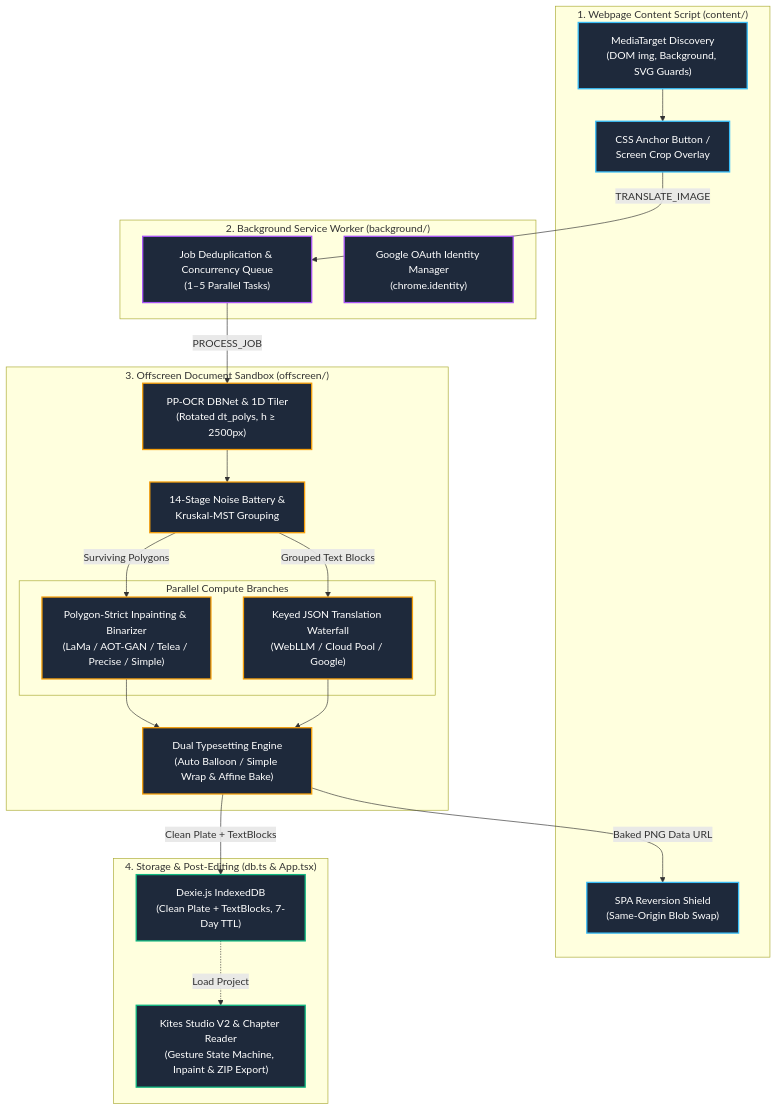
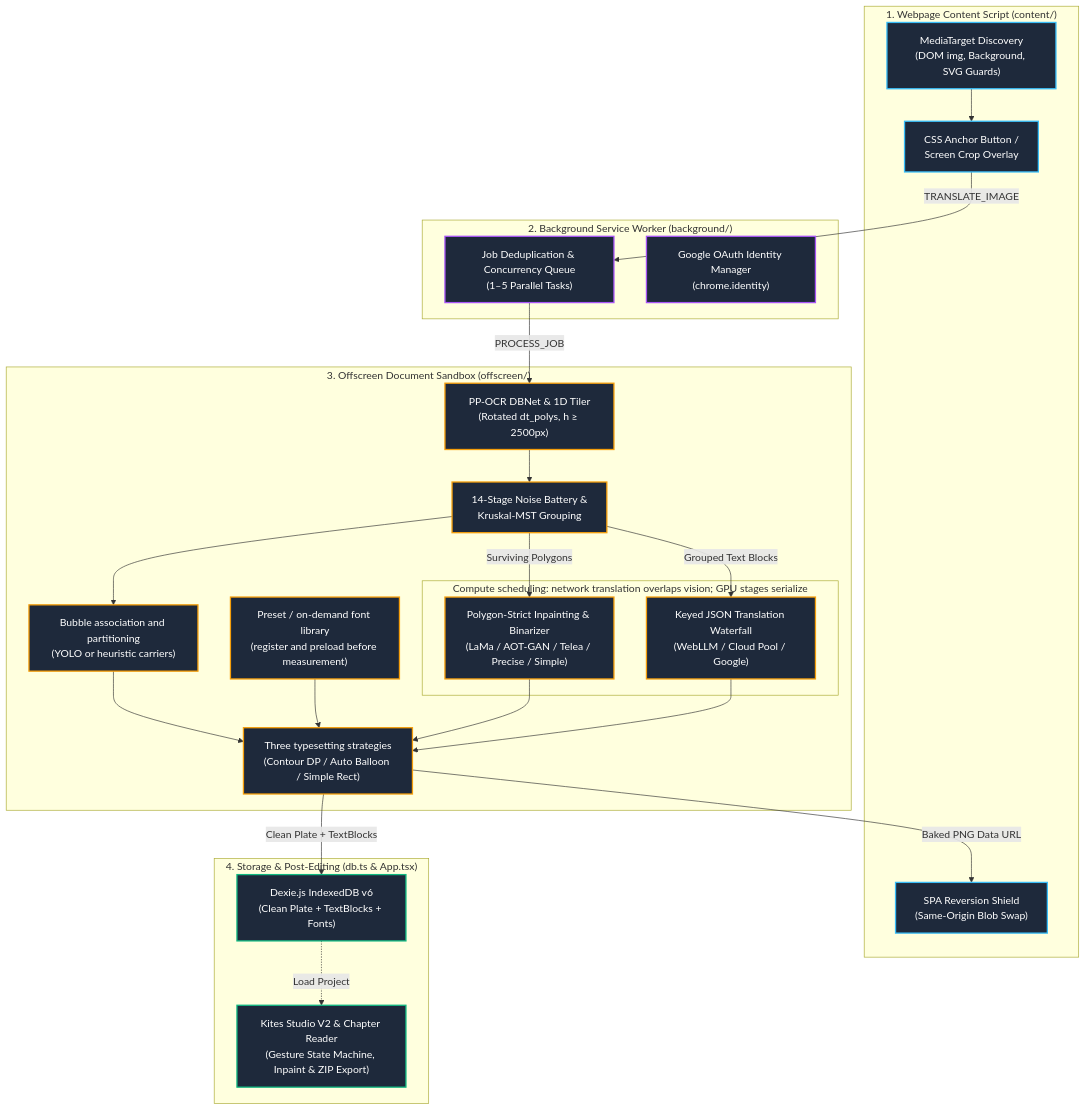
Before and after one commit to Unheat/Kites: the diagram in docs/README.md, drawn with Mermaid. The commit also changed other lines of this file and 28 other files, not shown here.

Commit message:
docs: reconcile merged font and contour pipeline contracts and investigation history

````diff
--- a/docs/README.md
+++ b/docs/README.md
@@ -11,47 +11,52 @@
 ```mermaid
 flowchart TD
     classDef web fill:#1e293b,stroke:#38bdf8,stroke-width:2px,color:#fff;
     classDef worker fill:#1e293b,stroke:#a855f7,stroke-width:2px,color:#fff;
     classDef offscreen fill:#1e293b,stroke:#f59e0b,stroke-width:2px,color:#fff;
     classDef storage fill:#1e293b,stroke:#10b981,stroke-width:2px,color:#fff;
 
     subgraph ContentScript["1. Webpage Content Script (content/)"]
         DOMImg["MediaTarget Discovery<br/>(DOM img, Background, SVG Guards)"]:::web
         HoverBtn["CSS Anchor Button /<br/>Screen Crop Overlay"]:::web
         DOMSwap["SPA Reversion Shield<br/>(Same-Origin Blob Swap)"]:::web
     end
 
     subgraph BackgroundWorker["2. Background Service Worker (background/)"]
         JobQueue["Job Deduplication & Concurrency Queue<br/>(1–5 Parallel Tasks)"]:::worker
         AuthToken["Google OAuth Identity Manager<br/>(chrome.identity)"]:::worker
     end
 
     subgraph OffscreenRuntime["3. Offscreen Document Sandbox (offscreen/)"]
         OCRDetect["PP-OCR DBNet & 1D Tiler<br/>(Rotated dt_polys, h ≥ 2500px)"]:::offscreen
         NoiseFilter["14-Stage Noise Battery &<br/>Kruskal-MST Grouping"]:::offscreen
         
-        subgraph ParallelCompute["Parallel Compute Branches"]
+        subgraph ParallelCompute["Compute scheduling: network translation overlaps vision; GPU stages serialize"]
             InpaintEng["Polygon-Strict Inpainting & Binarizer<br/>(LaMa / AOT-GAN / Telea / Precise / Simple)"]:::offscreen
             TransWaterfall["Keyed JSON Translation Waterfall<br/>(WebLLM / Cloud Pool / Google)"]:::offscreen
         end
 
-        Typesetter["Dual Typesetting Engine<br/>(Auto Balloon / Simple Wrap & Affine Bake)"]:::offscreen
+        BubbleLayout["Bubble association and partitioning<br/>(YOLO or heuristic carriers)"]:::offscreen
+        FontLibrary["Preset / on-demand font library<br/>(register and preload before measurement)"]:::offscreen
+        Typesetter["Three typesetting strategies<br/>(Contour DP / Auto Balloon / Simple Rect)"]:::offscreen
     end
 
     subgraph StorageLayer["4. Storage & Post-Editing (db.ts & App.tsx)"]
-        IndexedDB["Dexie.js IndexedDB<br/>(Clean Plate + TextBlocks, 7-Day TTL)"]:::storage
+        IndexedDB["Dexie.js IndexedDB v6<br/>(Clean Plate + TextBlocks + Fonts)"]:::storage
         StudioApp["Kites Studio V2 & Chapter Reader<br/>(Gesture State Machine, Inpaint & ZIP Export)"]:::storage
     end
 
     DOMImg --> HoverBtn
     HoverBtn -->|TRANSLATE_IMAGE| JobQueue
     JobQueue -->|PROCESS_JOB| OCRDetect
     OCRDetect --> NoiseFilter
     NoiseFilter -->|Surviving Polygons| InpaintEng
     NoiseFilter -->|Grouped Text Blocks| TransWaterfall
+    NoiseFilter --> BubbleLayout
+    BubbleLayout --> Typesetter
+    FontLibrary --> Typesetter
     InpaintEng --> Typesetter
     TransWaterfall --> Typesetter
     Typesetter -->|Clean Plate + TextBlocks| IndexedDB
     Typesetter -->|Baked PNG Data URL| DOMSwap
     IndexedDB -.->|Load Project| StudioApp
 ```
````
